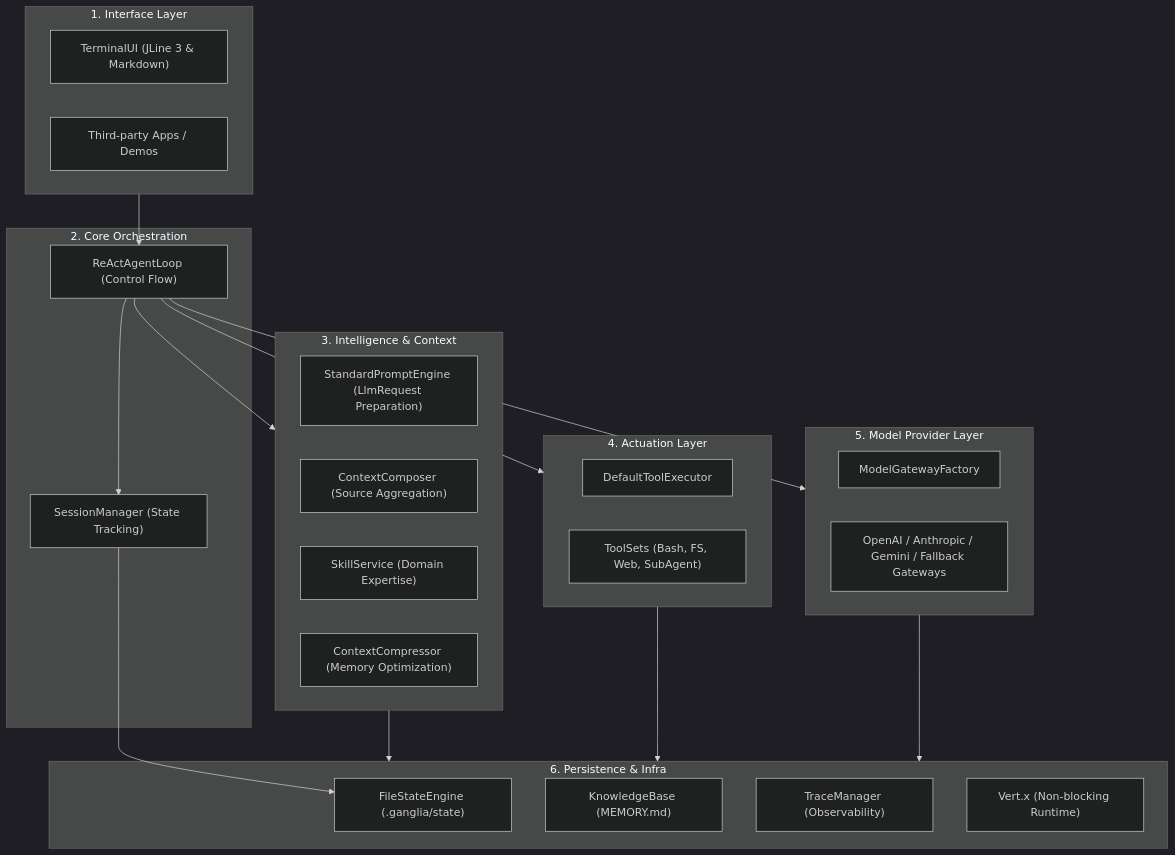
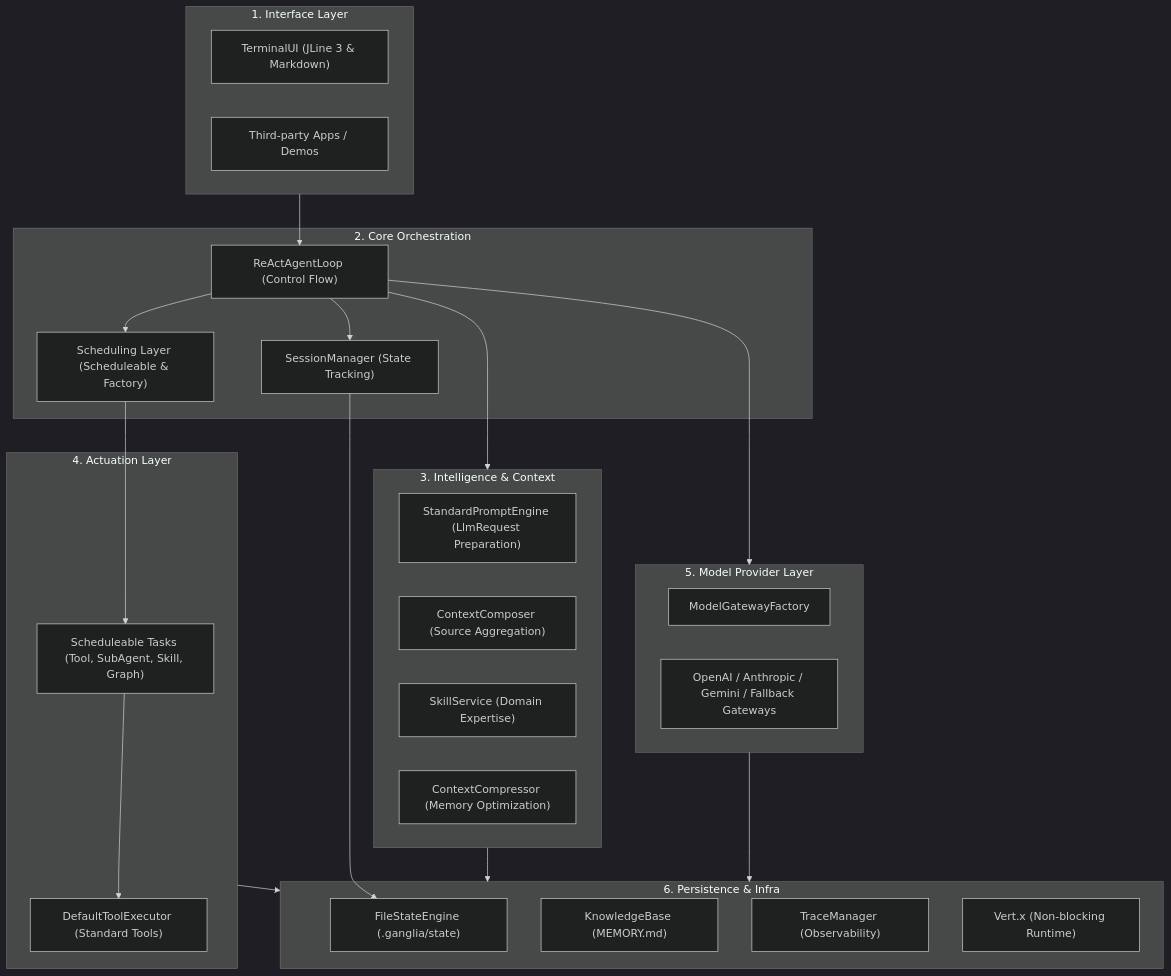
Before and after one commit to stream-iori/ganglia: the first of 2 diagrams in docs/ARCHITECTURE.md, drawn with Mermaid (dark theme). The commit also changed other lines of this file and 52 other files, not shown here.

````diff
--- a/docs/ARCHITECTURE.md
+++ b/docs/ARCHITECTURE.md
@@ -37,46 +37,49 @@
 ```mermaid
 graph TD
     subgraph UI ["1. Interface Layer"]
         TUI["TerminalUI (JLine 3 & Markdown)"]
         App["Third-party Apps / Demos"]
     end
 
     subgraph Core ["2. Core Orchestration"]
         Loop["ReActAgentLoop (Control Flow)"]
+        Sched["Scheduling Layer (Scheduleable & Factory)"]
         Session["SessionManager (State Tracking)"]
     end
 
     subgraph Intel ["3. Intelligence & Context"]
         Prompt["StandardPromptEngine (LlmRequest Preparation)"]
         Context["ContextComposer (Source Aggregation)"]
         Skills["SkillService (Domain Expertise)"]
         Mem["ContextCompressor (Memory Optimization)"]
     end
 
     subgraph Action ["4. Actuation Layer"]
-        Executor["DefaultToolExecutor"]
-        Tools["ToolSets (Bash, FS, Web, SubAgent)"]
+        Tasks["Scheduleable Tasks (Tool, SubAgent, Skill, Graph)"]
+        Executor["DefaultToolExecutor (Standard Tools)"]
     end
 
     subgraph Gateway ["5. Model Provider Layer"]
         Factory["ModelGatewayFactory"]
         Providers["OpenAI / Anthropic / Gemini / Fallback Gateways"]
     end
 
     subgraph Data ["6. Persistence & Infra"]
         State["FileStateEngine (.ganglia/state)"]
         KB["KnowledgeBase (MEMORY.md)"]
         Trace["TraceManager (Observability)"]
         Vertx["Vert.x (Non-blocking Runtime)"]
     end
 
     UI --> Loop
+    Loop --> Sched
+    Sched --> Tasks
+    Tasks --> Executor
     Loop --> Session
     Loop --> Intel
-    Loop --> Action
     Intel --> Data
     Action --> Data
     Loop --> Gateway
     Gateway --> Data
     Session --> State
 ```
````
